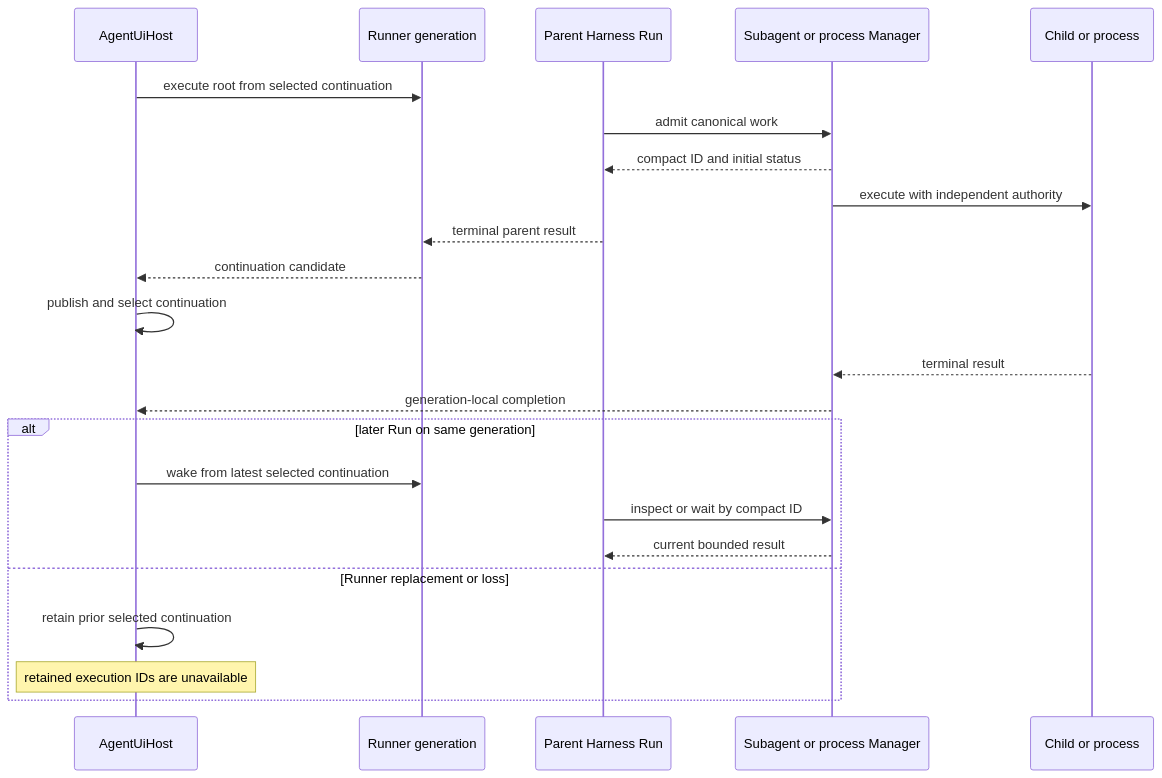
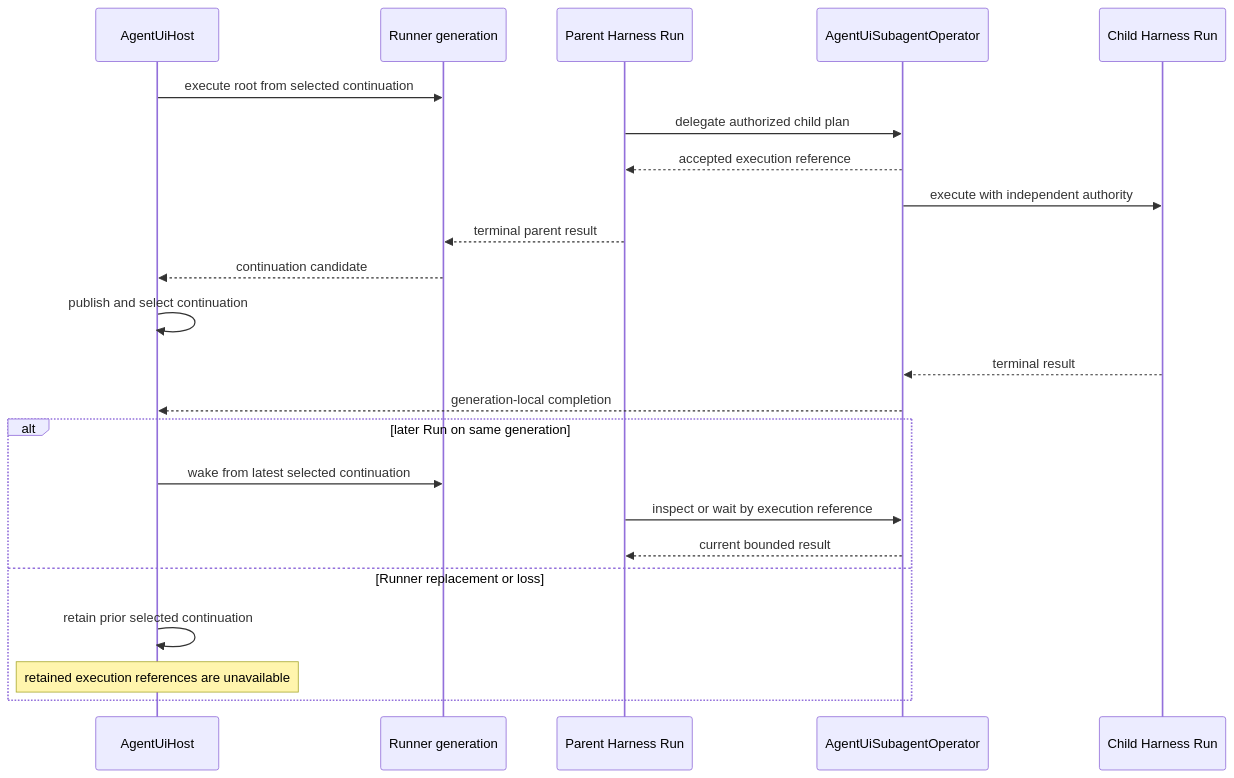
Before and after one commit to LTThreeComma/agent-foundation: the third of 3 diagrams in spec/agent-ui/05-runtime-subagents-and-surfaces.md, drawn with Mermaid. The commit also changed other lines of this file and 188 other files, not shown here.

First line of the commit message:
feat(harness): rework environment and host ownership (#82)

````diff
--- a/spec/agent-ui/05-runtime-subagents-and-surfaces.md
+++ b/spec/agent-ui/05-runtime-subagents-and-surfaces.md
@@ -156,27 +135,27 @@
 ```mermaid
 sequenceDiagram
     participant Host as AgentUiHost
     participant Runner as Runner generation
     participant Parent as Parent Harness Run
-    participant Manager as Subagent or process Manager
-    participant Work as Child or process
+    participant Operator as AgentUiSubagentOperator
+    participant Child as Child Harness Run
 
     Host->>Runner: execute root from selected continuation
-    Parent->>Manager: admit canonical work
-    Manager-->>Parent: compact ID and initial status
-    Manager->>Work: execute with independent authority
+    Parent->>Operator: delegate authorized child plan
+    Operator-->>Parent: accepted execution reference
+    Operator->>Child: execute with independent authority
     Parent-->>Runner: terminal parent result
     Runner-->>Host: continuation candidate
     Host->>Host: publish and select continuation
-    Work-->>Manager: terminal result
-    Manager-->>Host: generation-local completion
+    Child-->>Operator: terminal result
+    Operator-->>Host: generation-local completion
 
     alt later Run on same generation
         Host->>Runner: wake from latest selected continuation
-        Parent->>Manager: inspect or wait by compact ID
-        Manager-->>Parent: current bounded result
+        Parent->>Operator: inspect or wait by execution reference
+        Operator-->>Parent: current bounded result
     else Runner replacement or loss
         Host->>Host: retain prior selected continuation
-        Note over Host: retained execution IDs are unavailable
+        Note over Host: retained execution references are unavailable
     end
 ```
````
